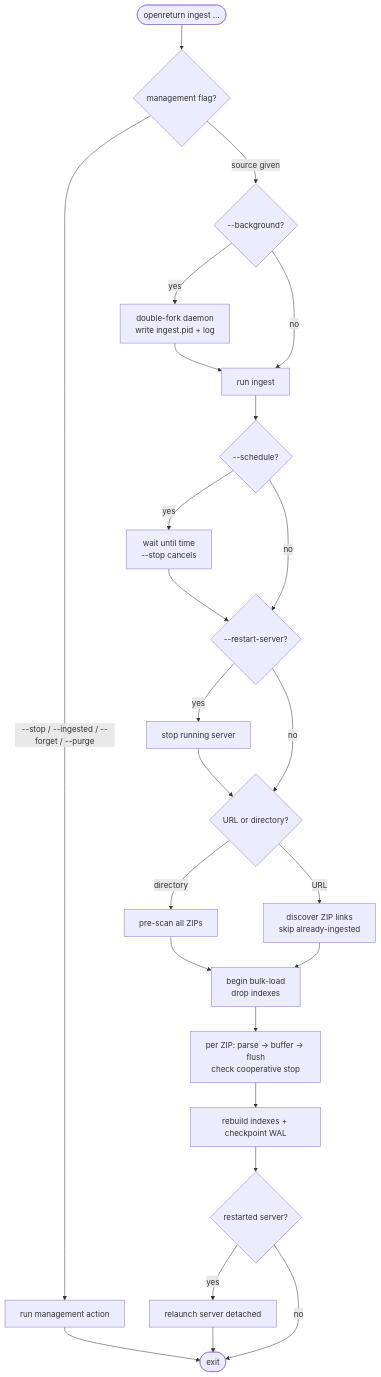
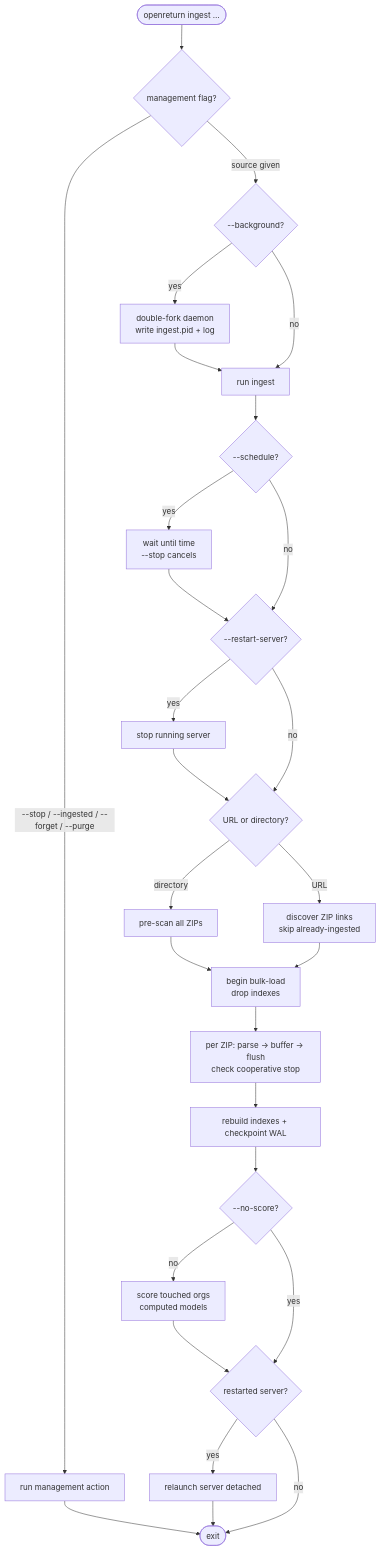
The diagram in docs/ingest.md (CalamooseLabs/OpenReturn), drawn with Mermaid before and after one commit. The commit also changed other lines of this file and 60 other files, not shown here.

````diff
--- a/docs/ingest.md
+++ b/docs/ingest.md
@@ -15,24 +15,27 @@
 ```mermaid
 flowchart TD
   start([openreturn ingest …]) --> mgmt{management flag?}
   mgmt -->|--stop / --ingested / --forget / --purge| manage[run management action] --> done([exit])
   mgmt -->|source given| bg{--background?}
   bg -->|yes| daemon[double-fork daemon<br/>write ingest.pid + log] --> run
   bg -->|no| run[run ingest]
   run --> sched{--schedule?}
   sched -->|yes| wait[wait until time<br/>--stop cancels] --> rs
   sched -->|no| rs
   rs{--restart-server?}
   rs -->|yes| stopsrv[stop running server] --> src
   rs -->|no| src
   src{URL or directory?}
   src -->|directory| dir[pre-scan all ZIPs]
   src -->|URL| url[discover ZIP links<br/>skip already-ingested]
   dir --> bulk[begin bulk-load<br/>drop indexes]
   url --> bulk
   bulk --> loop[per ZIP: parse → buffer → flush<br/>check cooperative stop]
   loop --> finish[rebuild indexes + checkpoint WAL]
-  finish --> restart{restarted server?}
+  finish --> score{--no-score?}
+  score -->|no| dorscore[score touched orgs<br/>computed models] --> restart
+  score -->|yes| restart
+  restart{restarted server?}
   restart -->|yes| startsrv[relaunch server detached] --> done
   restart -->|no| done
 ```
````
